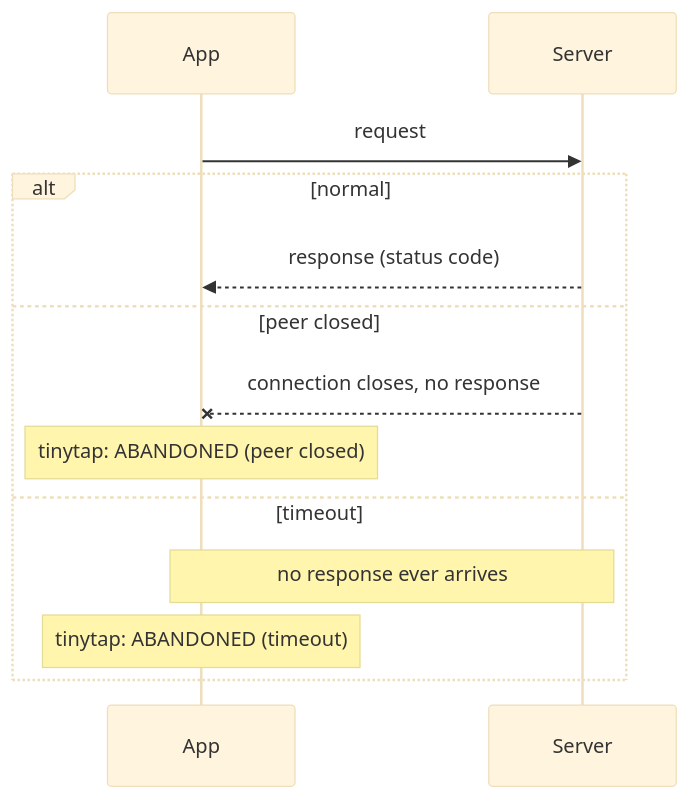
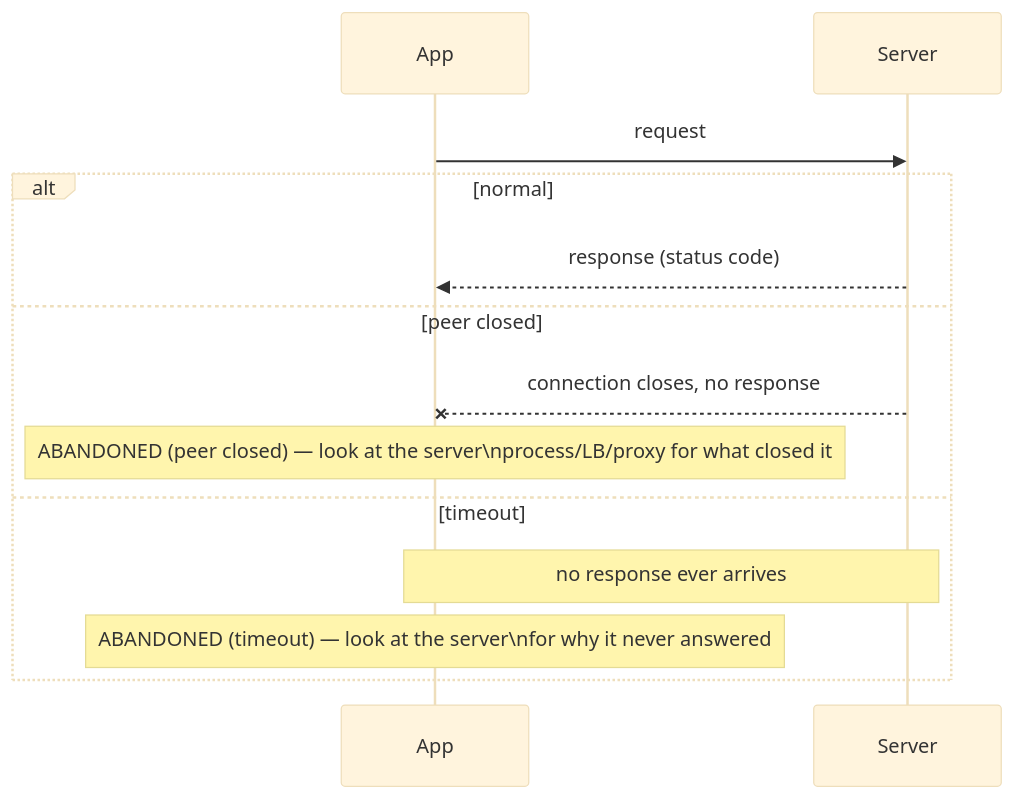
The second of 5 diagrams in site/content/docs/use-cases.md (shinagawa-web/tinytap), drawn with Mermaid (base theme) before and after one commit. The commit also changed other lines of this file, not shown here.

First line of the commit message:
docs(site): explain what peer-closed vs. timeout actually tells you

````diff
--- a/site/content/docs/use-cases.md
+++ b/site/content/docs/use-cases.md
@@ -44,15 +60,15 @@
 ```mermaid
 sequenceDiagram
     participant App
     participant Server
     App->>Server: request
     alt normal
         Server-->>App: response (status code)
     else peer closed
         Server--xApp: connection closes, no response
-        Note over App: tinytap: ABANDONED (peer closed)
+        Note over App: ABANDONED (peer closed) — look at the server\nprocess/LB/proxy for what closed it
     else timeout
         Note over App,Server: no response ever arrives
-        Note over App: tinytap: ABANDONED (timeout)
+        Note over App: ABANDONED (timeout) — look at the server\nfor why it never answered
     end
 ```
````
